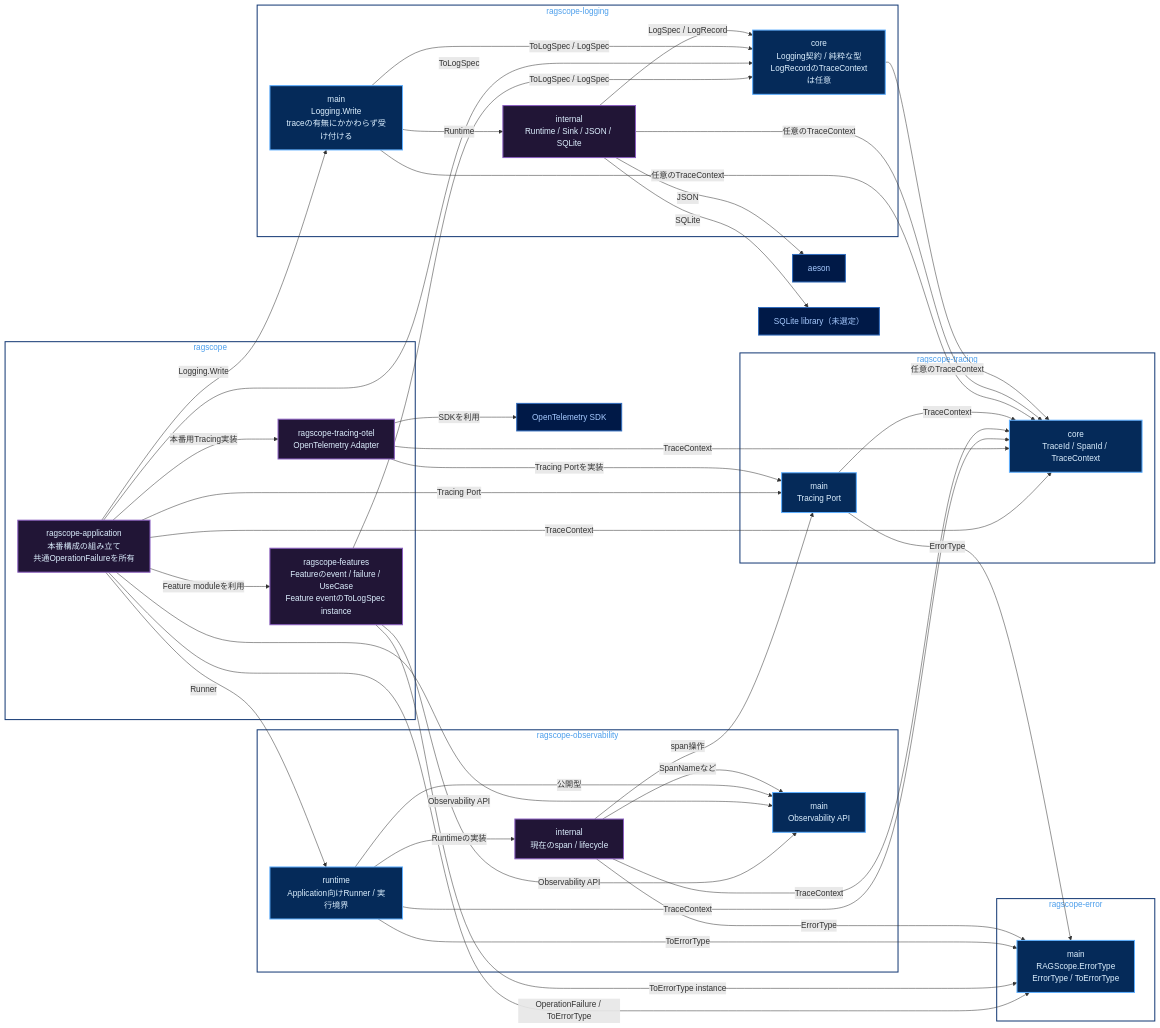
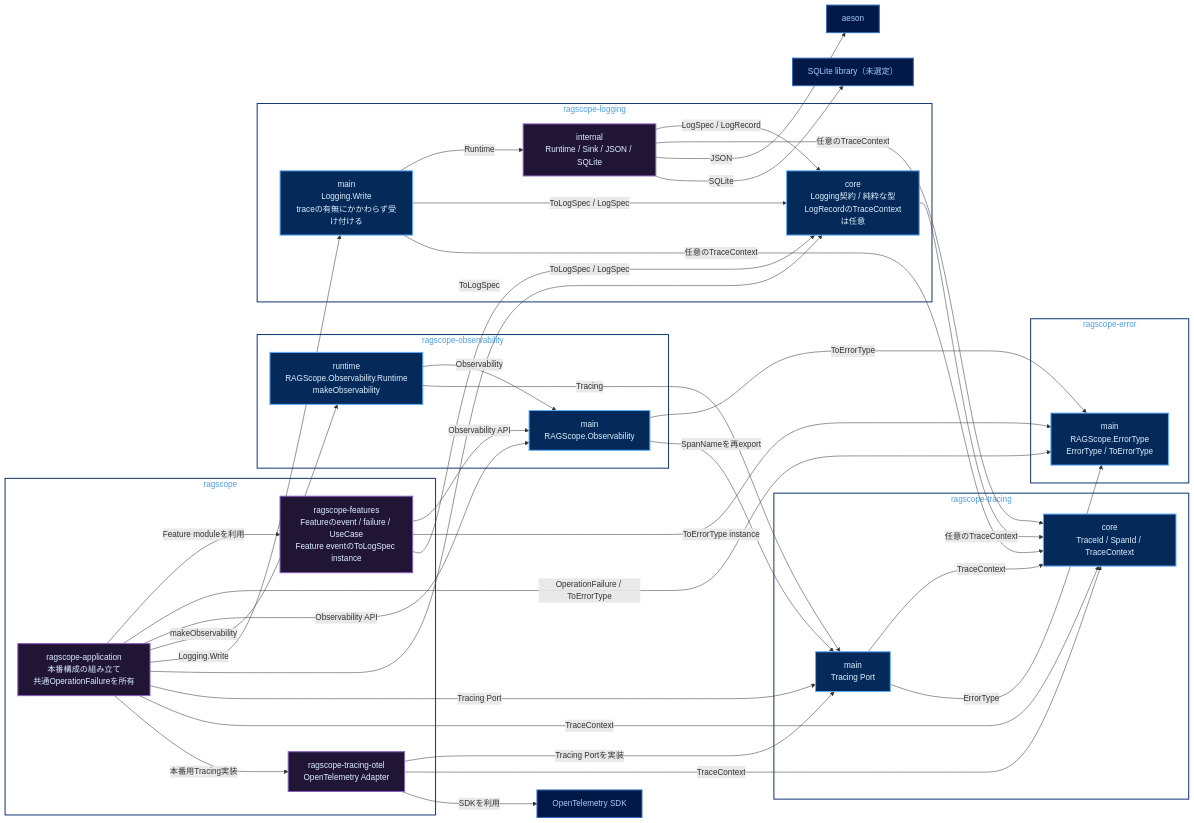
Before and after one commit to takashit16833/Workbench: the diagram in Notes/RAGScope/RAGScopeアプリケーション/実行追跡・構造化ログ静的依存図.md, drawn with Mermaid. The commit also changed other lines of this file, not shown here.

Commit message:
chore: sync observability package dependency view

```diff
--- a/Notes/RAGScope/RAGScopeアプリケーション/実行追跡・構造化ログ静的依存図.md
+++ b/Notes/RAGScope/RAGScopeアプリケーション/実行追跡・構造化ログ静的依存図.md
@@ -35,9 +35,8 @@
     end
 
     subgraph pkg_obs["ragscope-observability"]
-        obs_main["main<br/>Observability API"]
-        obs_runtime["runtime<br/>Application向けRunner / 実行境界"]
-        obs_internal["internal<br/>現在のspan / lifecycle"]
+        obs_main["main<br/>RAGScope.Observability"]
+        obs_runtime["runtime<br/>RAGScope.Observability.Runtime<br/>makeObservability"]
     end
 
     subgraph pkg_tracing["ragscope-tracing"]
@@ -62,7 +61,7 @@
     features -->|ToLogSpec / LogSpec| log_core
 
     application -->|Observability API| obs_main
-    application -->|Runner| obs_runtime
+    application -->|makeObservability| obs_runtime
     application -->|Logging.Write| log_main
     application -->|ToLogSpec| log_core
     application -->|Tracing Port| trace_main
@@ -73,15 +72,11 @@
     tracing_otel -->|TraceContext| trace_core
     tracing_otel -->|SDKを利用| otel_sdk
 
-    obs_runtime -->|Runtimeの実装| obs_internal
-    obs_runtime -->|公開型| obs_main
-    obs_runtime -->|TraceContext| trace_core
-    obs_runtime -->|ToErrorType| error_main
+    obs_main -->|ToErrorType| error_main
+    obs_main -->|SpanNameを再export| trace_main
 
-    obs_internal -->|SpanNameなど| obs_main
-    obs_internal -->|span操作| trace_main
-    obs_internal -->|TraceContext| trace_core
-    obs_internal -->|ErrorType| error_main
+    obs_runtime -->|Observability| obs_main
+    obs_runtime -->|Tracing| trace_main
 
     trace_main -->|TraceContext| trace_core
     trace_main -->|ErrorType| error_main
@@ -100,7 +95,7 @@
     classDef external fill:#001947,stroke:#316CBD,color:#A6CAFF,stroke-width:2px
 
     class error_main,obs_main,obs_runtime,trace_main,trace_core,log_core,log_main public
-    class features,application,tracing_otel,obs_internal,log_internal private
+    class features,application,tracing_otel,log_internal private
     class otel_sdk,aeson,sqlite_lib external
 
     style pkg_ragscope fill:transparent,stroke:#153A75,color:#4C9EEB,stroke-width:2px
```
